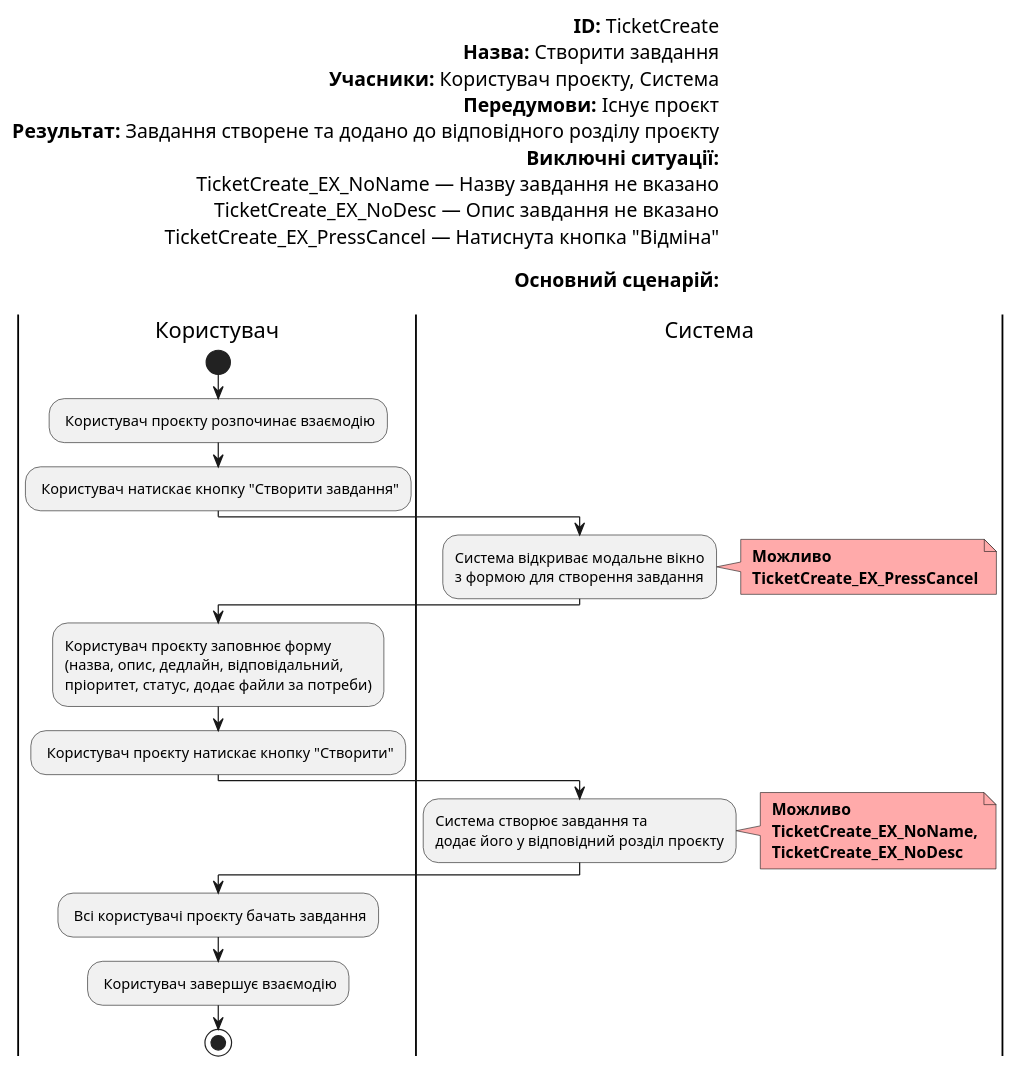
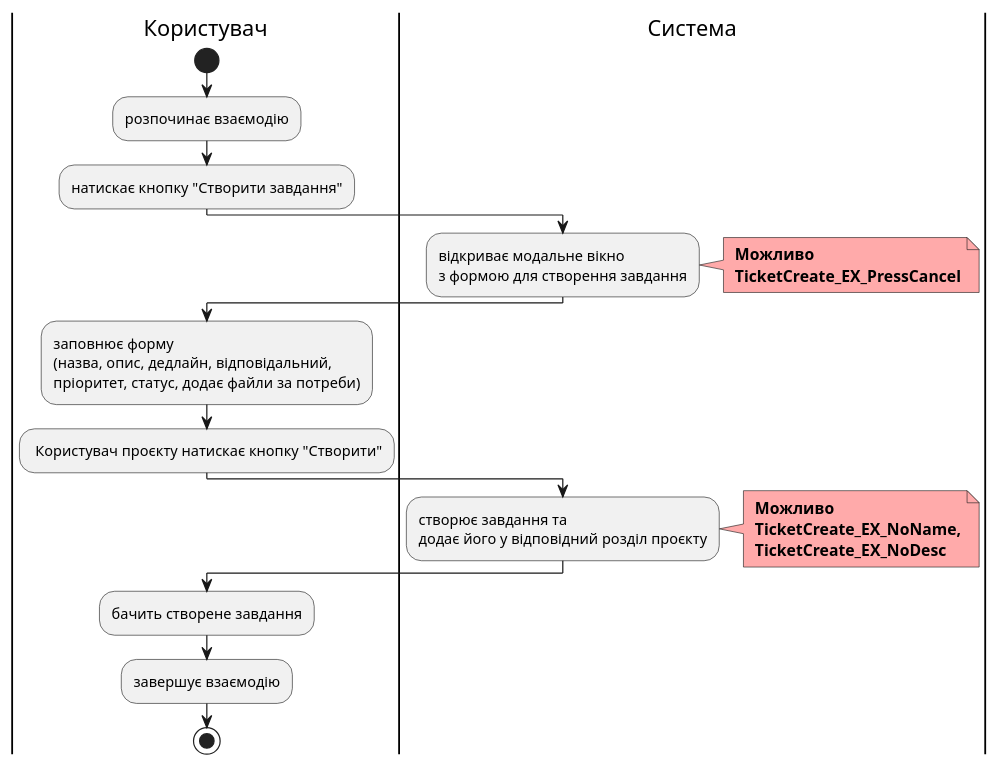
One commit to yaryna-bashchak/db_course_work changed diagram 11 of 24 in docs/use cases/README.md. Above: the diagram before and after it, drawn with PlantUML. The commit also changed other lines of this file, not shown here.

Commit message:
updated diagrams for user cases

```diff
--- a/docs/use cases/README.md
+++ b/docs/use cases/README.md
@@ -474,47 +463,32 @@
 @startuml
-
-    left header
-        <font color=000 size=16><b>ID:</b> TicketCreate
-        <font color=000 size=16><b>Назва:</b> Створити завдання
-        <font color=000 size=16><b>Учасники:</b> Користувач проєкту, Система
-        <font color=000 size=16><b>Передумови:</b> Існує проєкт
-        <font color=000 size=16><b>Результат:</b> Завдання створене та додано до відповідного розділу проєкту
-        <font color=000 size=16><b>Виключні ситуації:</b>
-        <font color=000 size=16>TicketCreate_EX_NoName — Назву завдання не вказано
-        <font color=000 size=16>TicketCreate_EX_NoDesc — Опис завдання не вказано
-        <font color=000 size=16>TicketCreate_EX_PressCancel — Натиснута кнопка "Відміна"
-        
-        <font color=000 size=16><b>Основний сценарій:</b>
-        
-    end header
 
     |Користувач|
         start
-        : Користувач проєкту розпочинає взаємодію;
-        : Користувач натискає кнопку "Створити завдання";
+        :розпочинає взаємодію;
+        :натискає кнопку "Створити завдання";
     |Система|
-        :Система відкриває модальне вікно
+        :відкриває модальне вікно
         з формою для створення завдання;
         note right #ffaaaa
         <b> Можливо
         <b> TicketCreate_EX_PressCancel
         end note
     |Користувач|    
-        :Користувач проєкту заповнює форму
+        :заповнює форму
         (назва, опис, дедлайн, відповідальний,
         пріоритет, статус, додає файли за потреби);
         : Користувач проєкту натискає кнопку "Створити";
     |Система|
-        :Система створює завдання та
+        :створює завдання та
         додає його у відповідний розділ проєкту;
         note right #ffaaaa
         <b> Можливо
         <b> TicketCreate_EX_NoName,
         <b> TicketCreate_EX_NoDesc
         end note
     |Користувач|
-        : Всі користувачі проєкту бачать завдання;
-        : Користувач завершує взаємодію;
+        :бачить створене завдання;
+        :завершує взаємодію;
         stop;
 
 @enduml
```
